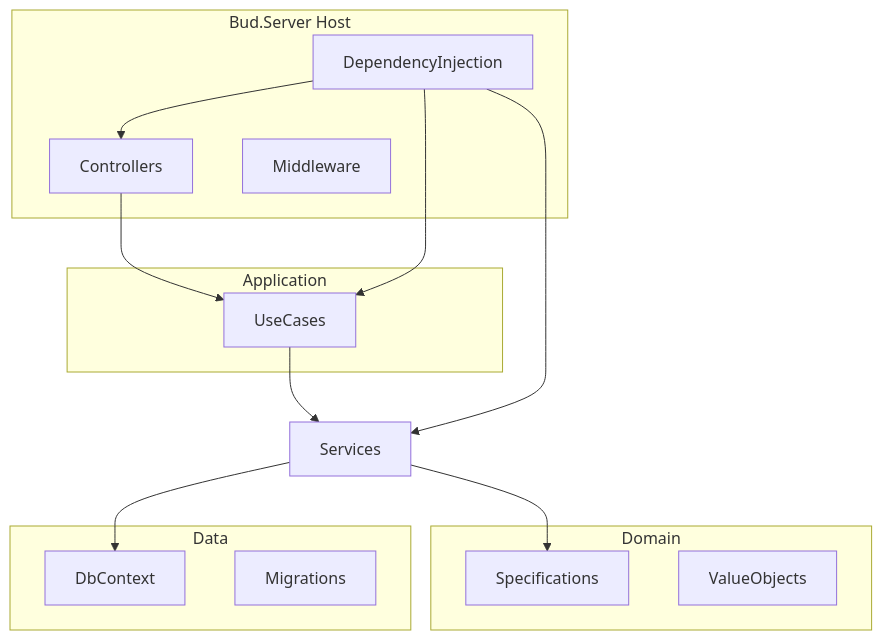
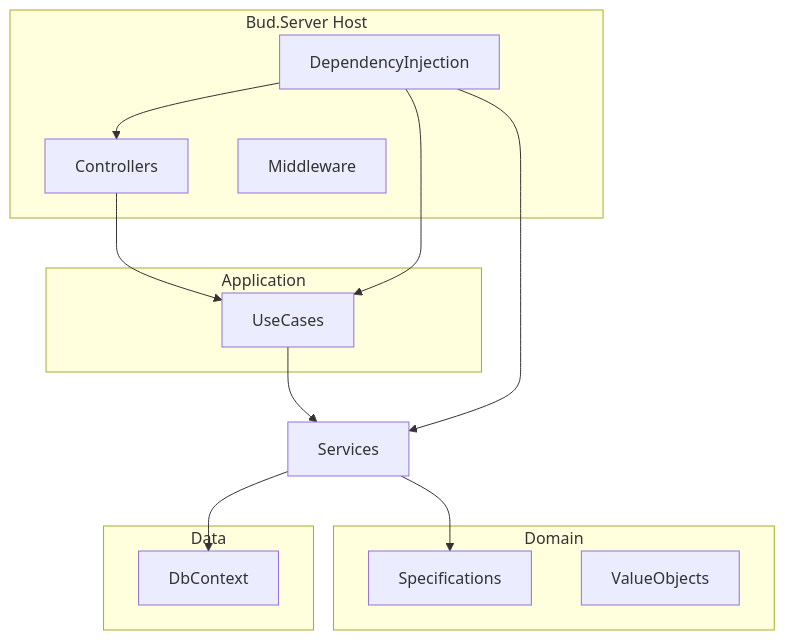
Before and after one commit to dsbraz/bud: the seventh of 10 diagrams in README.md, drawn with Mermaid. The commit also changed other lines of this file and 48 other files, not shown here.

````diff
--- a/README.md
+++ b/README.md
@@ -250,27 +250,26 @@
 ```mermaid
 flowchart TB
     subgraph Host["Bud.Server Host"]
       Controllers
       Middleware
       DependencyInjection
     end
     subgraph App["Application"]
       UseCases
     end
     subgraph Domain["Domain"]
       Specifications
       ValueObjects
     end
     subgraph Data["Data"]
       DbContext
-      Migrations
     end
 
     Controllers --> UseCases
     UseCases --> Services["Services"]
     Services --> DbContext
     Services --> Specifications
     DependencyInjection --> Controllers
     DependencyInjection --> UseCases
     DependencyInjection --> Services
 ```
````
